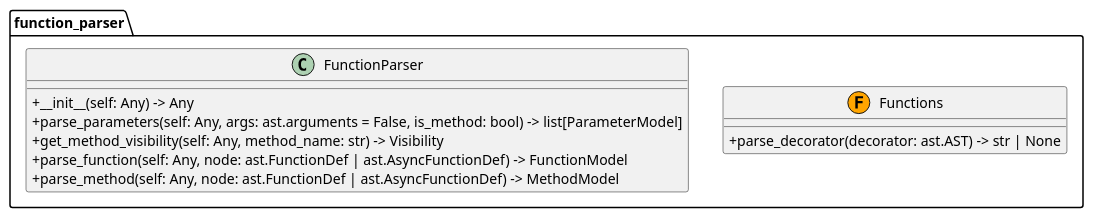
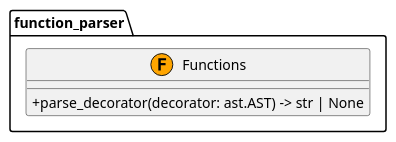
The diagram in docs/source/_generated_uml/uml_generator/parsers/python/function_parser.puml (jswans33/my-full-stack-fastapi-template), drawn with PlantUML before and after one commit. The commit also changed 32 other files, not shown here.

Commit message:
added sequence generator

```diff
--- a/docs/source/_generated_uml/uml_generator/parsers/python/function_parser.puml
+++ b/docs/source/_generated_uml/uml_generator/parsers/python/function_parser.puml
@@ -1,18 +1,11 @@
 @startuml
 skinparam classAttributeIconSize 0
 
 package "function_parser" {
   class Functions <<(F,orange)>> {
     +parse_decorator(decorator: ast.AST) -> str | None
   }
-  class FunctionParser {
-    +__init__(self: Any) -> Any
-    +parse_parameters(self: Any, args: ast.arguments = False, is_method: bool) -> list[ParameterModel]
-    +get_method_visibility(self: Any, method_name: str) -> Visibility
-    +parse_function(self: Any, node: ast.FunctionDef | ast.AsyncFunctionDef) -> FunctionModel
-    +parse_method(self: Any, node: ast.FunctionDef | ast.AsyncFunctionDef) -> MethodModel
-  }
 }
 
 ' Relationships
 @enduml
```
